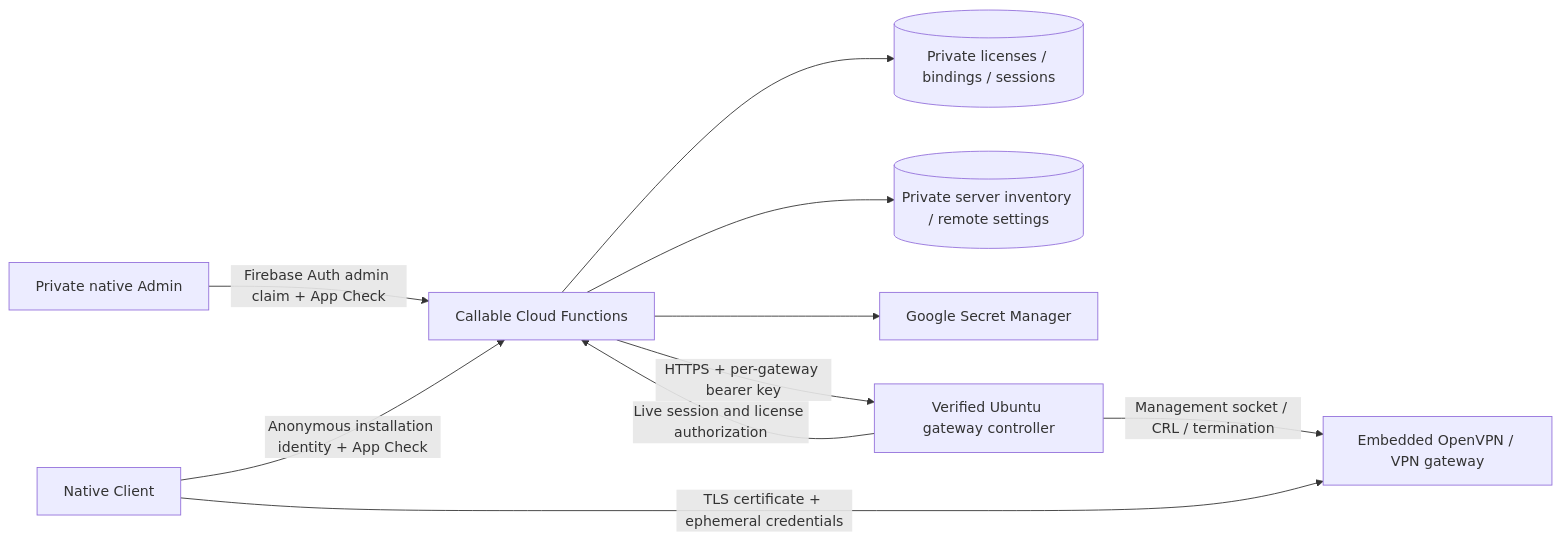
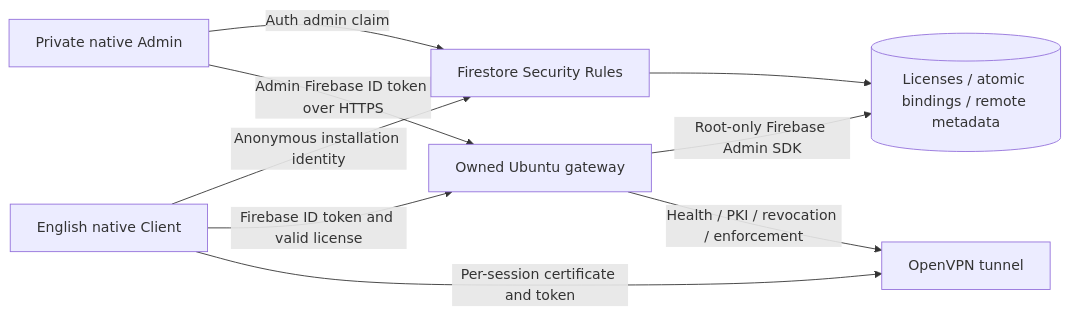
The diagram in USA-FAVOR-VPN/Documentation/ARCHITECTURE.md (facemook-a/Facebbokkl), drawn with Mermaid before and after one commit. The commit also changed other lines of this file and 87 other files, not shown here.

Commit message:
Deliver Spark single-use licensing and redesigned native VPN applications

````diff
--- a/USA-FAVOR-VPN/Documentation/ARCHITECTURE.md
+++ b/USA-FAVOR-VPN/Documentation/ARCHITECTURE.md
@@ -3,12 +3,11 @@
 ```mermaid
 flowchart LR
- A[Private native Admin] -->|Firebase Auth admin claim + App Check| F[Callable Cloud Functions]
- C[Native Client] -->|Anonymous installation identity + App Check| F
- F --> L[(Private licenses / bindings / sessions)]
- F --> R[(Private server inventory / remote settings)]
- F --> K[Google Secret Manager]
- F -->|HTTPS + per-gateway bearer key| G[Verified Ubuntu gateway controller]
- G -->|Live session and license authorization| F
- C -->|TLS certificate + ephemeral credentials| V[Embedded OpenVPN / VPN gateway]
- G -->|Management socket / CRL / termination| V
+ A[Private native Admin] -->|Auth admin claim| R[Firestore Security Rules]
+ C[English native Client] -->|Anonymous installation identity| R
+ R --> L[(Licenses / atomic bindings / remote metadata)]
+ A -->|Admin Firebase ID token over HTTPS| G[Owned Ubuntu gateway]
+ C -->|Firebase ID token and valid license| G
+ G -->|Root-only Firebase Admin SDK| L
+ C -->|Per-session certificate and token| V[OpenVPN tunnel]
+ G -->|Health / PKI / revocation / enforcement| V
 ```
````
